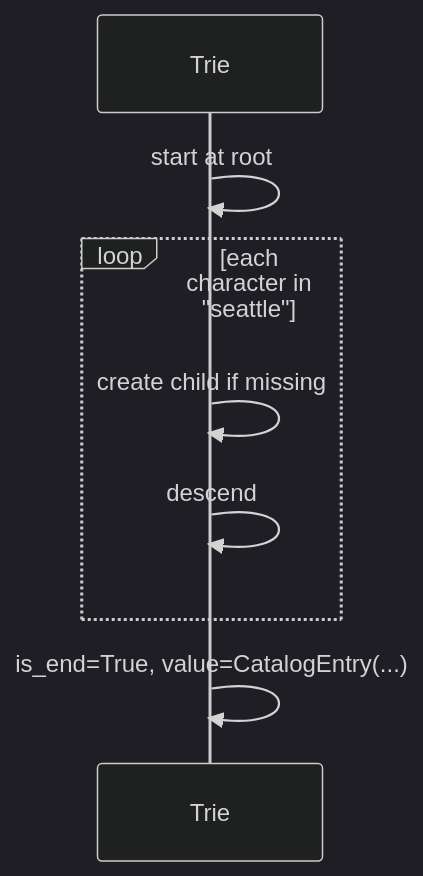
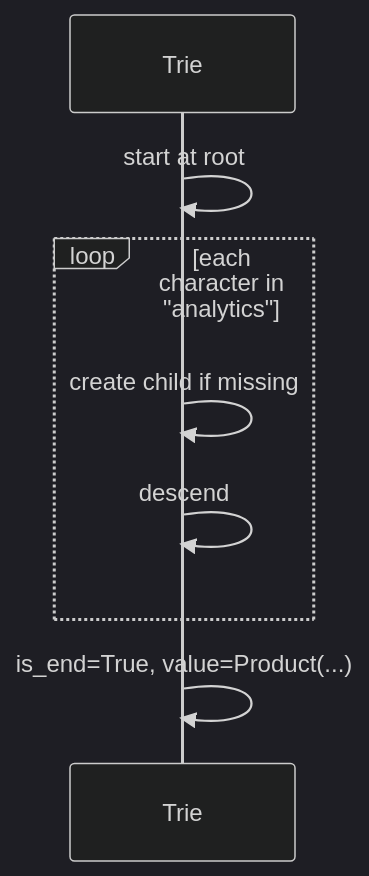
The seventh of 8 diagrams in docs/dsa/data-structures/tries/index.md (qgjones9/python-programming-guide), drawn with Mermaid (dark theme) before and after one commit. The commit also changed other lines of this file and 19 other files, not shown here.

````diff
--- a/docs/dsa/data-structures/tries/index.md
+++ b/docs/dsa/data-structures/tries/index.md
@@ -642,10 +677,10 @@
 ```mermaid
 sequenceDiagram
   participant T as Trie
   T->>T: start at root
-  loop each character in "seattle"
+  loop each character in "analytics"
     T->>T: create child if missing
     T->>T: descend
   end
-  T->>T: is_end=True, value=CatalogEntry(...)
+  T->>T: is_end=True, value=Product(...)
 ```
````
